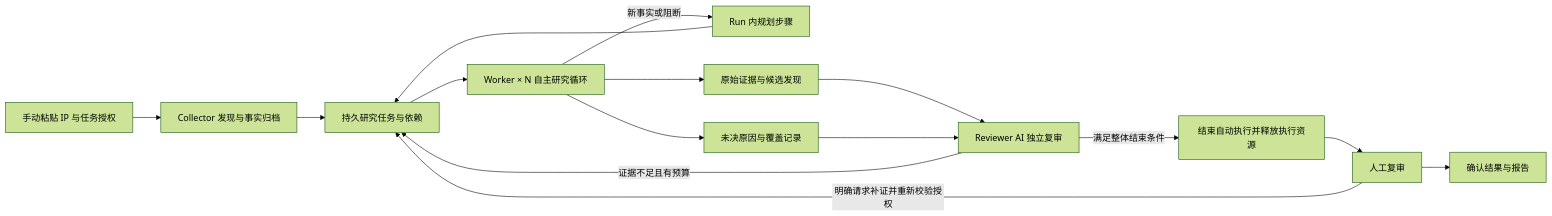
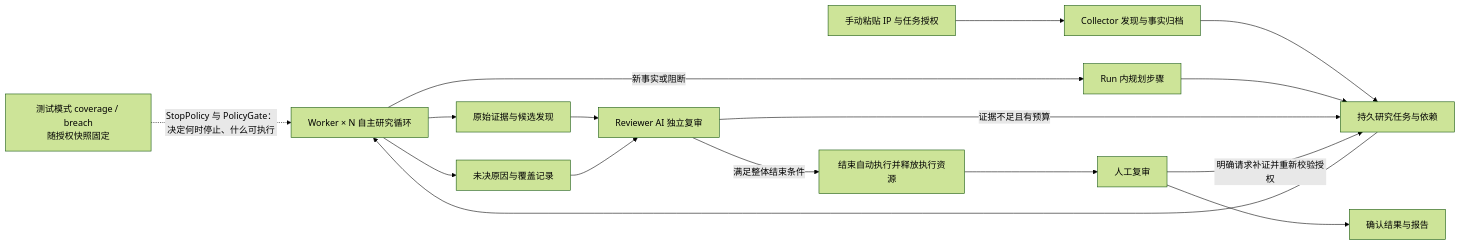
Before and after one commit to kksty/HuntWeave: the first of 2 diagrams in PROJECT.md, drawn with Mermaid (forest theme). The commit also changed other lines of this file and 2 other files, not shown here.

First line of the commit message:
docs: bring README flow, diagrams and status attributions up to date

````diff
--- a/PROJECT.md
+++ b/PROJECT.md
@@ -155,17 +157,18 @@
 ```mermaid
 flowchart LR
+    M[测试模式 coverage / breach<br/>随授权快照固定] -.->|"StopPolicy 与 PolicyGate：决定何时停止、什么可执行"| W
     A[手动粘贴 IP 与任务授权] --> C[Collector 发现与事实归档]
     C --> Q[持久研究任务与依赖]
     Q --> W[Worker × N 自主研究循环]
     W -->|新事实或阻断| P[Run 内规划步骤]
     P --> Q
     W --> E[原始证据与候选发现]
     E --> R[Reviewer AI 独立复审]
     R -->|证据不足且有预算| Q
     R -->|满足整体结束条件| S[结束自动执行并释放执行资源]
     S --> H[人工复审]
     H -->|明确请求补证并重新校验授权| Q
     H --> O[确认结果与报告]
     W --> U[未决原因与覆盖记录]
     U --> R
 ```
````
